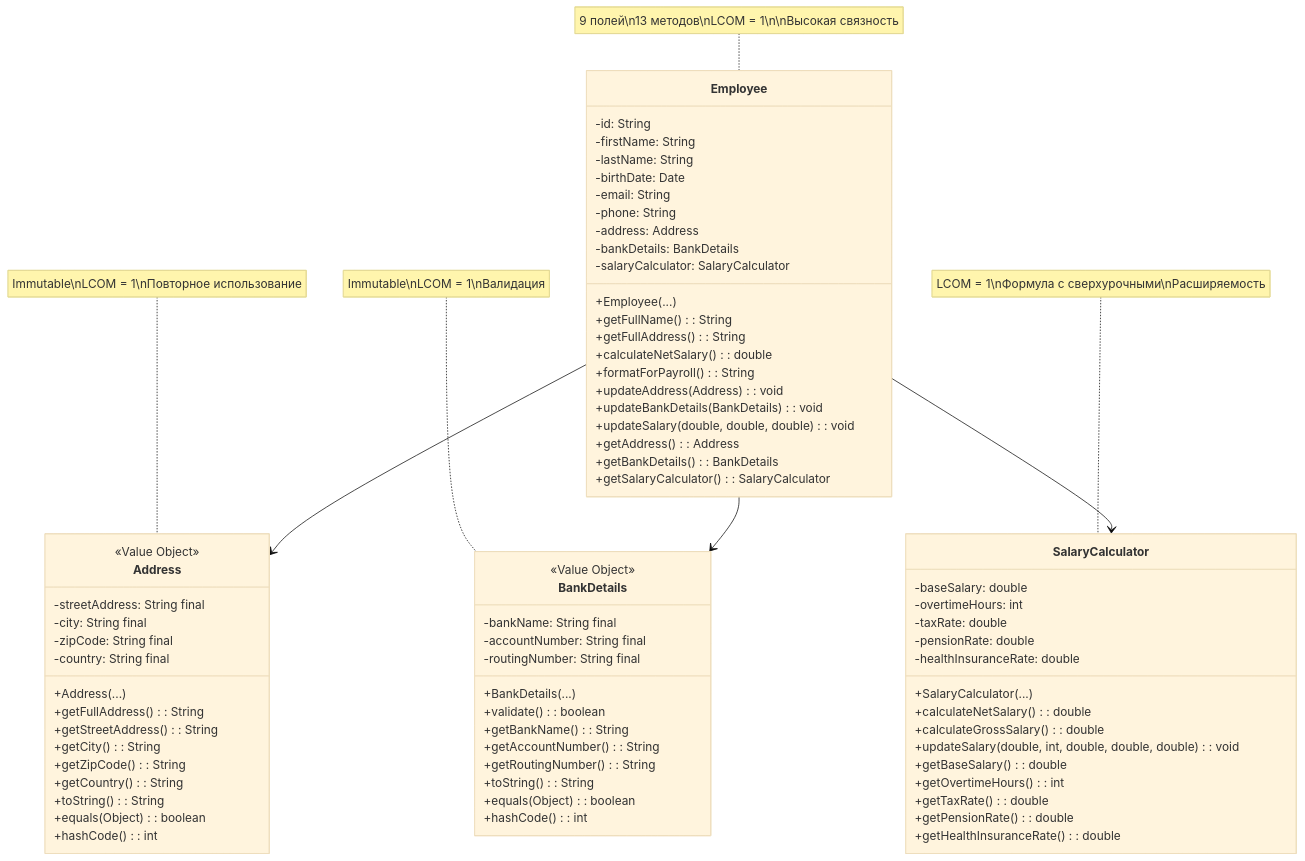
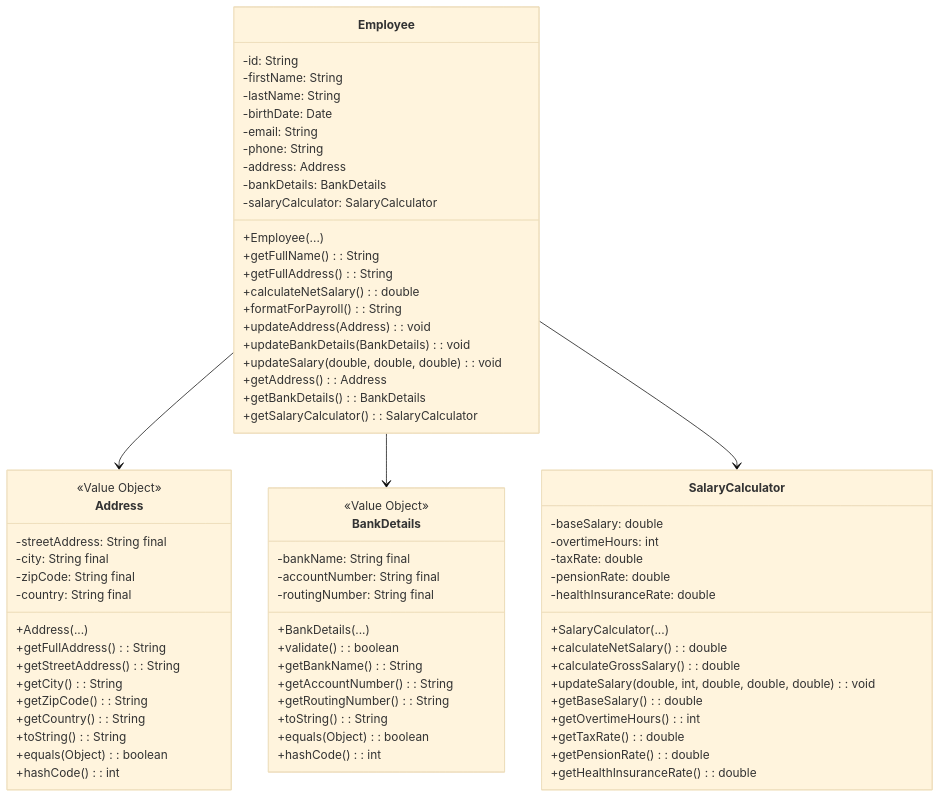
Before and after one commit to Mpekvoup/refactoring-tasks_beknur: the diagram in task4-extract-class/diagrams/after.md, drawn with Mermaid (base theme). The commit also changed 14 other files, not shown here.

````diff
--- a/task4-extract-class/diagrams/after.md
+++ b/task4-extract-class/diagrams/after.md
@@ -77,9 +77,4 @@
     Employee --> Address
     Employee --> BankDetails
     Employee --> SalaryCalculator
-
-    note for Employee "9 полей\n13 методов\nLCOM = 1\n\nВысокая связность"
-    note for Address "Immutable\nLCOM = 1\nПовторное использование"
-    note for BankDetails "Immutable\nLCOM = 1\nВалидация"
-    note for SalaryCalculator "LCOM = 1\nФормула с сверхурочными\nРасширяемость"
 ```
````
